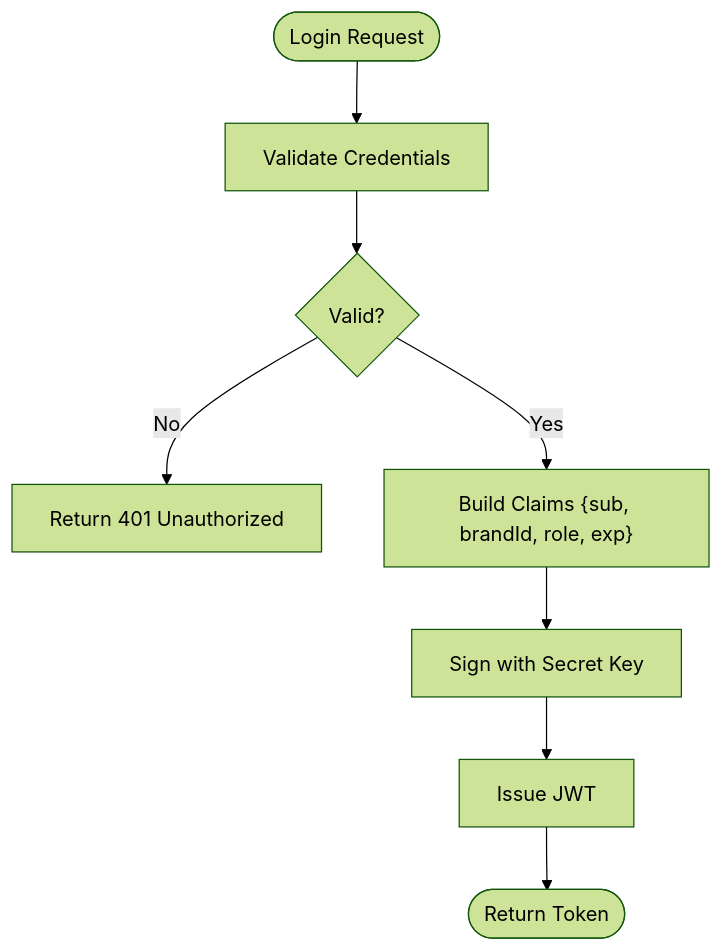
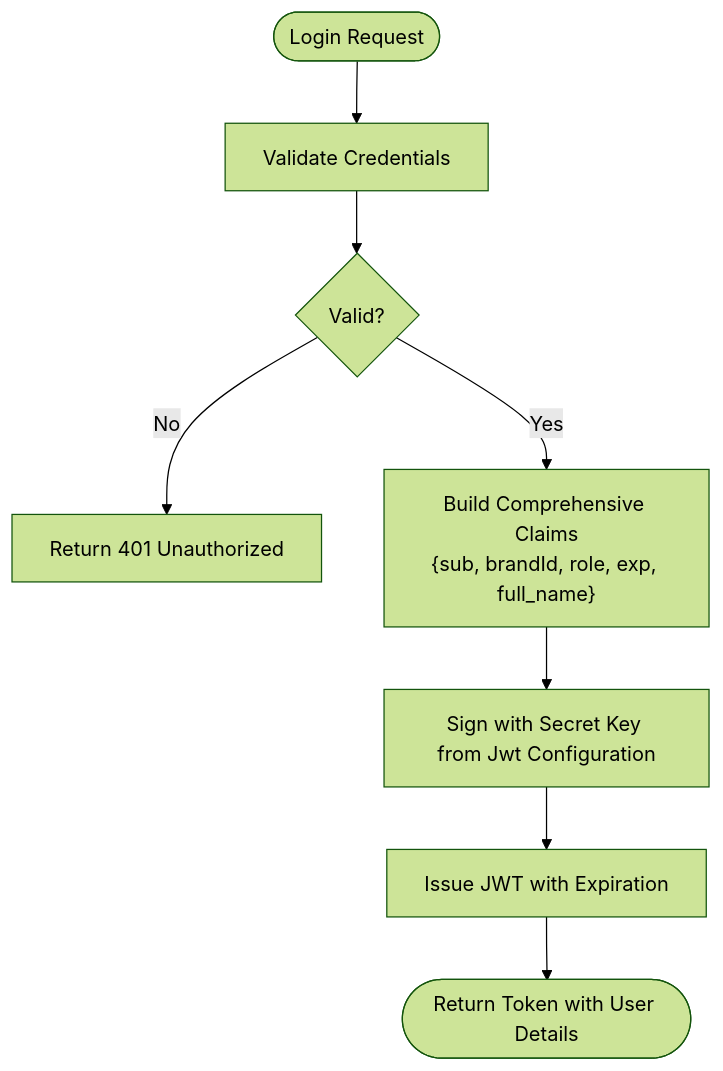
One commit to lamhongbac/NonCash changed the fourth of 8 diagrams in .qoder/repowiki/en/content/System Architecture/Security Architecture.md. Above: the diagram before and after it, drawn with Mermaid (forest theme). The commit also changed other lines of this file and 13 other files, not shown here.

````diff
--- a/.qoder/repowiki/en/content/System Architecture/Security Architecture.md
+++ b/.qoder/repowiki/en/content/System Architecture/Security Architecture.md
@@ -198,10 +264,10 @@
 ```mermaid
 flowchart TD
 Start(["Login Request"]) --> Validate["Validate Credentials"]
 Validate --> Valid{"Valid?"}
 Valid --> |No| Return401["Return 401 Unauthorized"]
-Valid --> |Yes| Claims["Build Claims {sub, brandId, role, exp}"]
-Claims --> Sign["Sign with Secret Key"]
-Sign --> Issue["Issue JWT"]
-Issue --> End(["Return Token"])
+Valid --> |Yes| Claims["Build Comprehensive Claims<br/>{sub, brandId, role, exp, full_name}"]
+Claims --> Sign["Sign with Secret Key from Jwt Configuration"]
+Sign --> Issue["Issue JWT with Expiration"]
+Issue --> End(["Return Token with User Details"])
 ```
````
